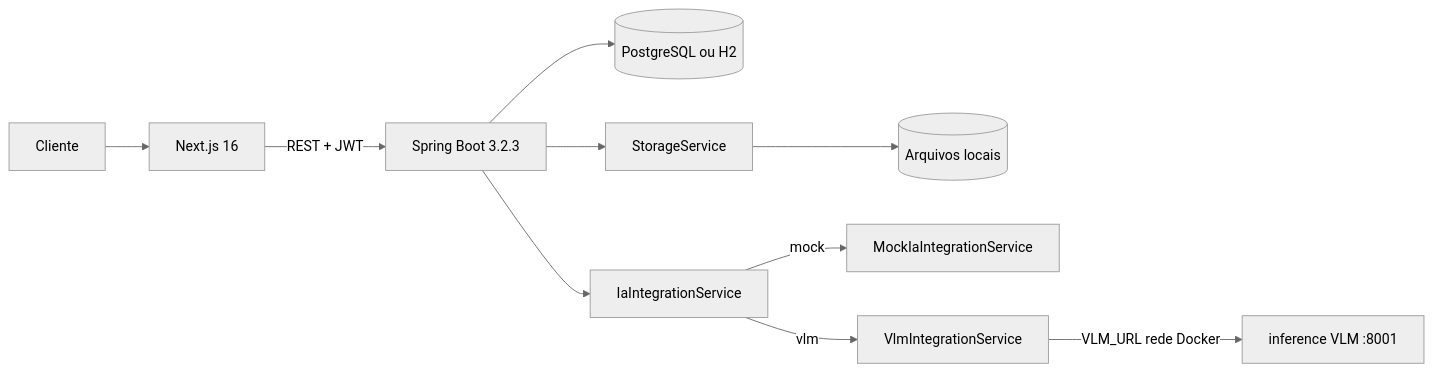
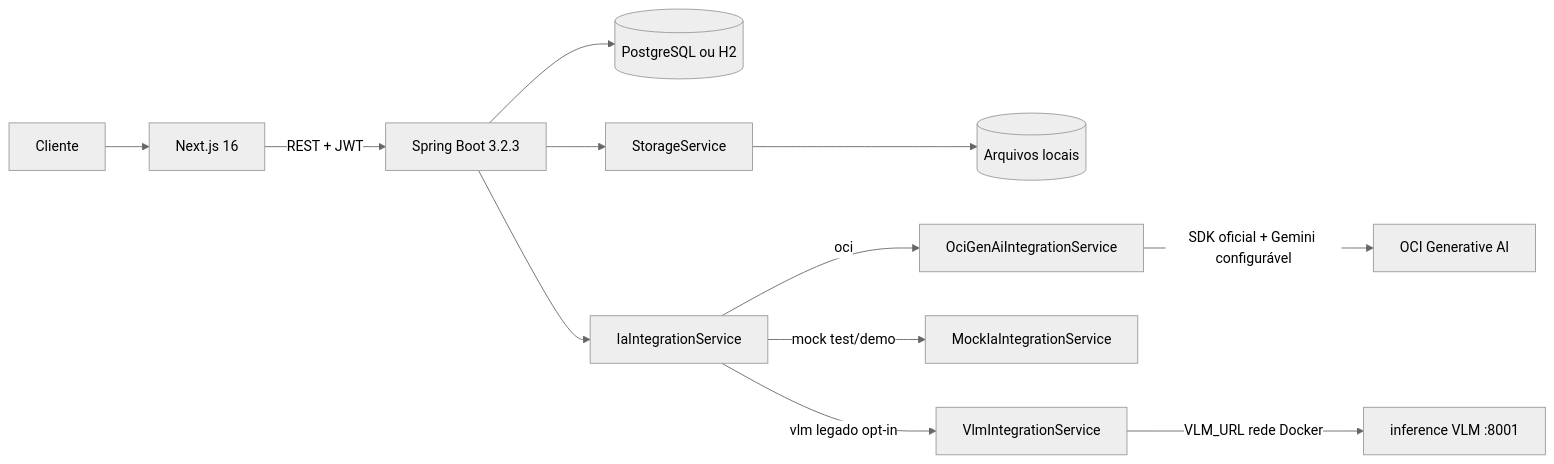
One commit to IA-Vistoria/vistoria-mvp changed the diagram in app/docs/architecture.md. Above: the diagram before and after it, drawn with Mermaid (neutral theme). The commit also changed other lines of this file and 9 other files, not shown here.

````diff
--- a/app/docs/architecture.md
+++ b/app/docs/architecture.md
@@ -19,12 +19,14 @@
 ```mermaid
 flowchart LR
     Client["Cliente"] --> Web["Next.js 16"]
     Web -->|"REST + JWT"| API["Spring Boot 3.2.3"]
     API --> DB[("PostgreSQL ou H2")]
     API --> Storage["StorageService"]
     Storage --> Files[("Arquivos locais")]
     API --> IaPort["IaIntegrationService"]
-    IaPort -->|mock| Mock["MockIaIntegrationService"]
-    IaPort -->|vlm| Vlm["VlmIntegrationService"]
+    IaPort -->|oci| Oci["OciGenAiIntegrationService"]
+    Oci -->|"SDK oficial + Gemini configurável"| GenAi["OCI Generative AI"]
+    IaPort -->|mock test/demo| Mock["MockIaIntegrationService"]
+    IaPort -->|vlm legado opt-in| Vlm["VlmIntegrationService"]
     Vlm -->|"VLM_URL rede Docker"| Inference["inference VLM :8001"]
 ```
````
